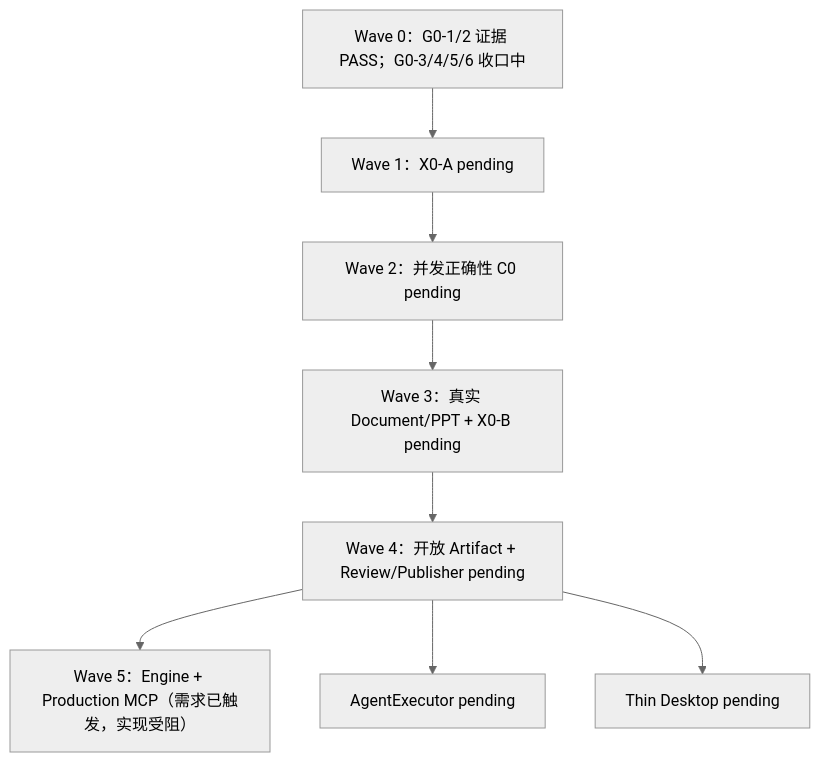
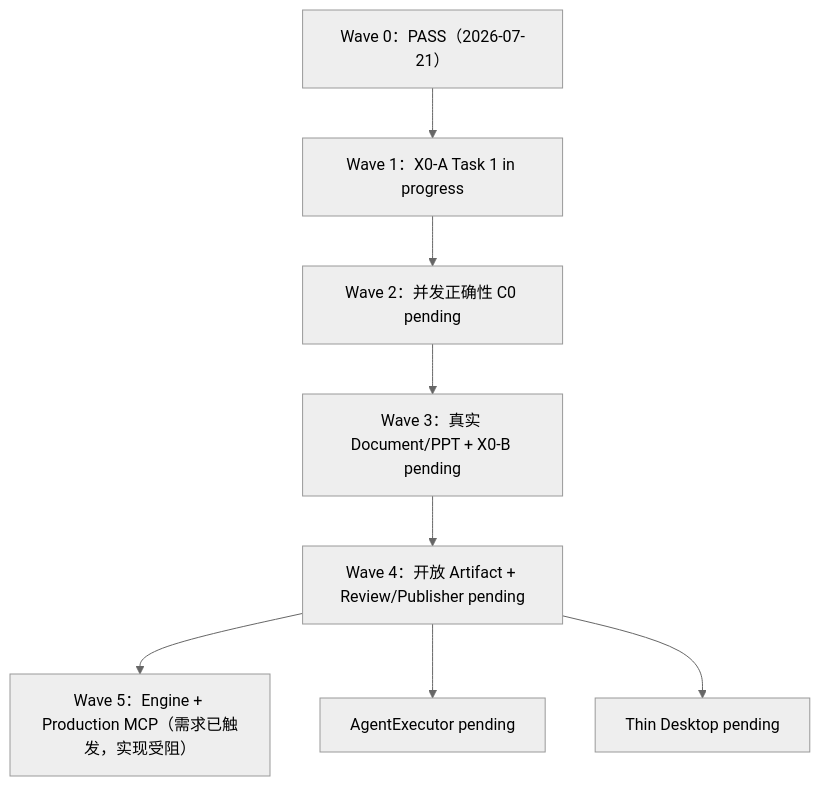
One commit to xrunmasterx/AllToNote changed the diagram in docs/tasks/alltonote-master-tasks.md. Above: the diagram before and after it, drawn with Mermaid (neutral theme). The commit also changed other lines of this file and 3 other files, not shown here.

Commit message:
docs: close conditional architecture wave zero

````diff
--- a/docs/tasks/alltonote-master-tasks.md
+++ b/docs/tasks/alltonote-master-tasks.md
@@ -709,10 +709,10 @@
 ```mermaid
 flowchart TD
-    W0["Wave 0：G0-1/2 证据 PASS；G0-3/4/5/6 收口中"] --> X0A["Wave 1：X0-A pending"]
+    W0["Wave 0：PASS（2026-07-21）"] --> X0A["Wave 1：X0-A Task 1 in progress"]
     X0A --> C0["Wave 2：并发正确性 C0 pending"]
     C0 --> DX0B["Wave 3：真实 Document/PPT + X0-B pending"]
     DX0B --> ARP["Wave 4：开放 Artifact + Review/Publisher pending"]
     ARP --> EN["Wave 5：Engine + Production MCP（需求已触发，实现受阻）"]
     ARP --> AX["AgentExecutor pending"]
     ARP --> TD["Thin Desktop pending"]
 ```
````
